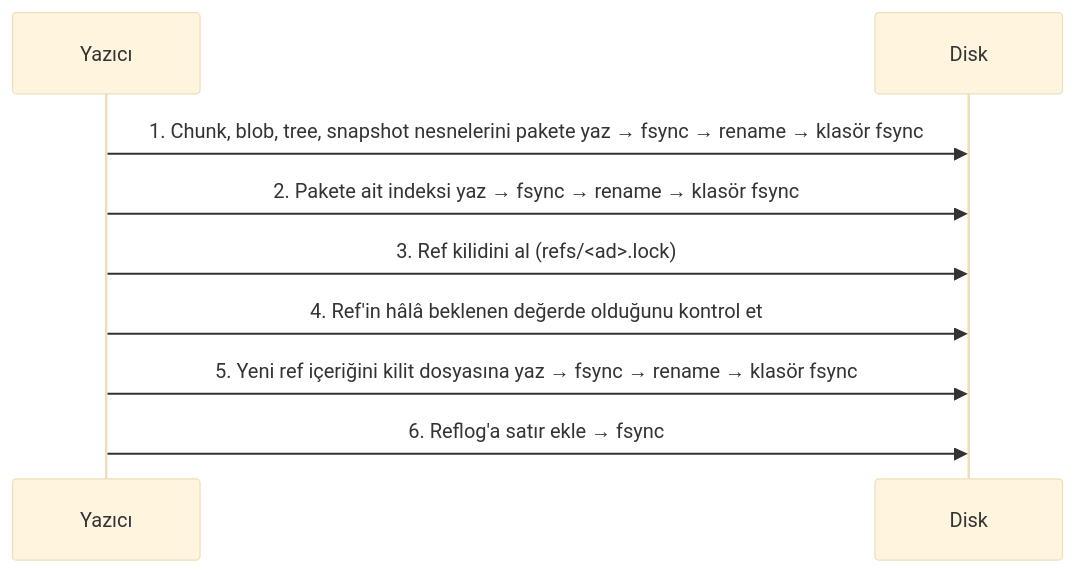
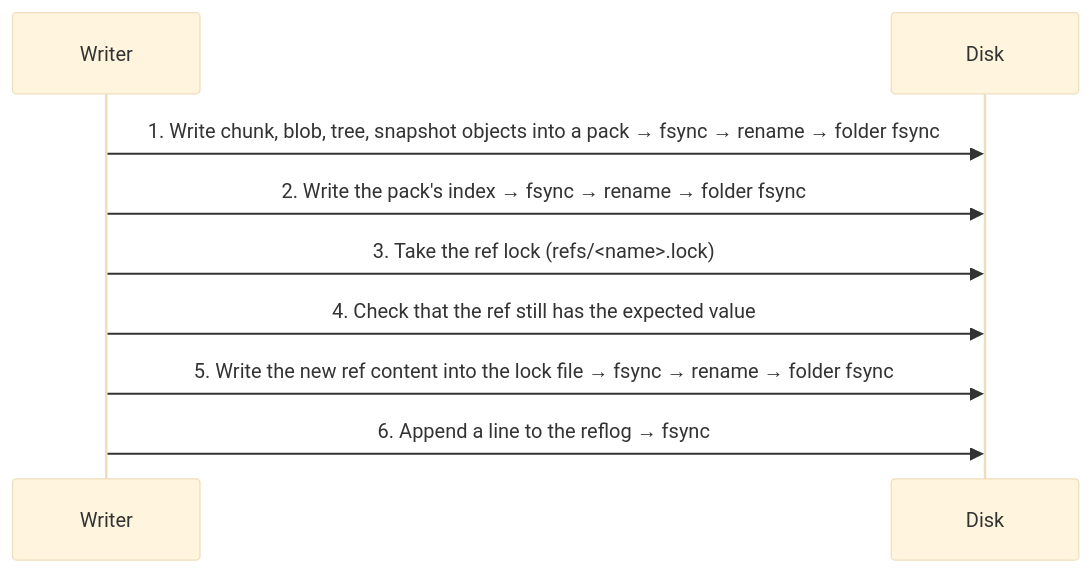
The diagram in docs/FORMAT.md (efe-clk/apeiron), drawn with Mermaid (base theme) before and after one commit. The commit also changed other lines of this file and 21 other files, not shown here.

````diff
--- a/docs/FORMAT.md
+++ b/docs/FORMAT.md
@@ -268,11 +281,11 @@
 ```mermaid
 sequenceDiagram
-    participant Y as Yazıcı
+    participant W as Writer
     participant D as Disk
-    Y->>D: 1. Chunk, blob, tree, snapshot nesnelerini pakete yaz → fsync → rename → klasör fsync
-    Y->>D: 2. Pakete ait indeksi yaz → fsync → rename → klasör fsync
-    Y->>D: 3. Ref kilidini al (refs/<ad>.lock)
-    Y->>D: 4. Ref'in hâlâ beklenen değerde olduğunu kontrol et
-    Y->>D: 5. Yeni ref içeriğini kilit dosyasına yaz → fsync → rename → klasör fsync
-    Y->>D: 6. Reflog'a satır ekle → fsync
+    W->>D: 1. Write chunk, blob, tree, snapshot objects into a pack → fsync → rename → folder fsync
+    W->>D: 2. Write the pack's index → fsync → rename → folder fsync
+    W->>D: 3. Take the ref lock (refs/<name>.lock)
+    W->>D: 4. Check that the ref still has the expected value
+    W->>D: 5. Write the new ref content into the lock file → fsync → rename → folder fsync
+    W->>D: 6. Append a line to the reflog → fsync
 ```
````
